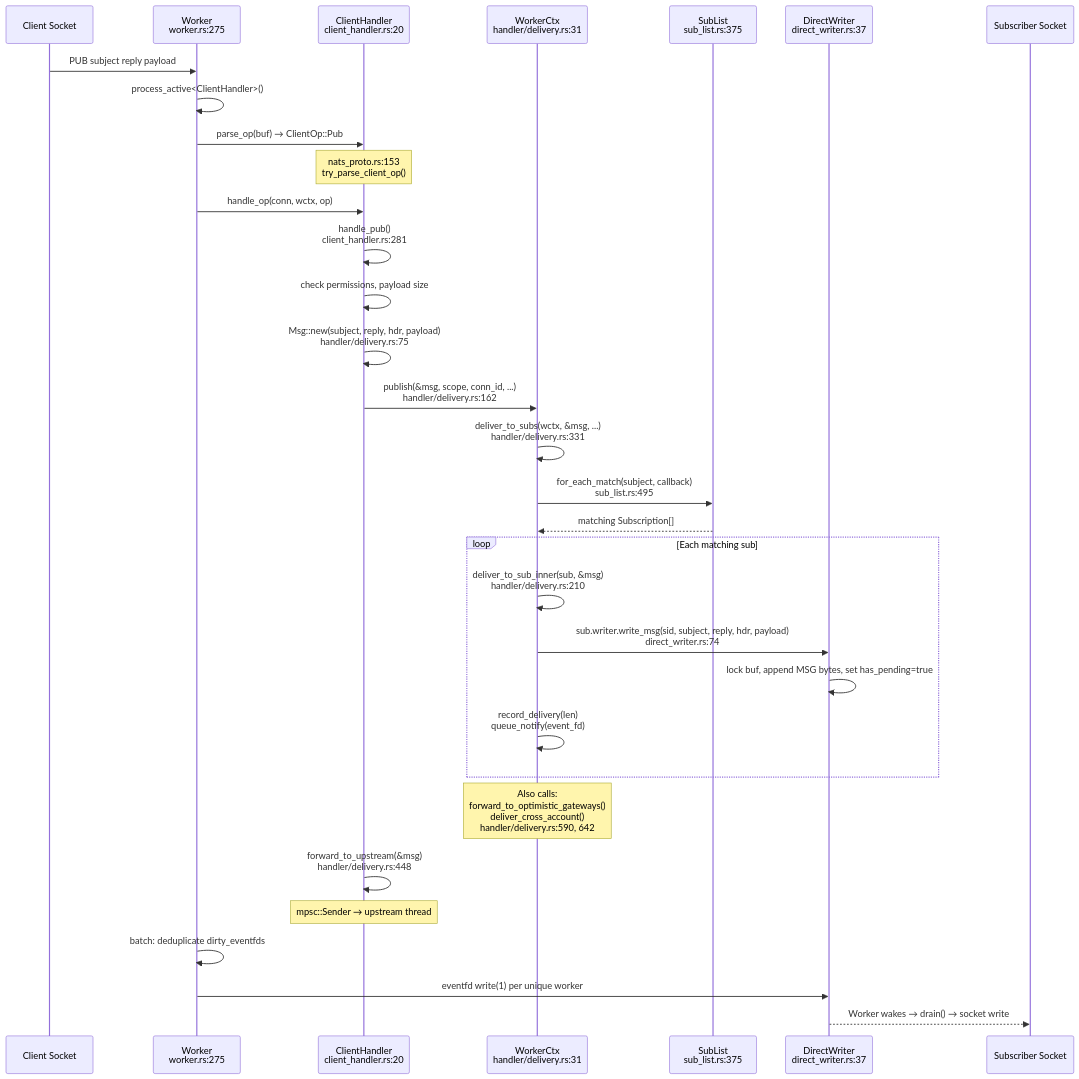
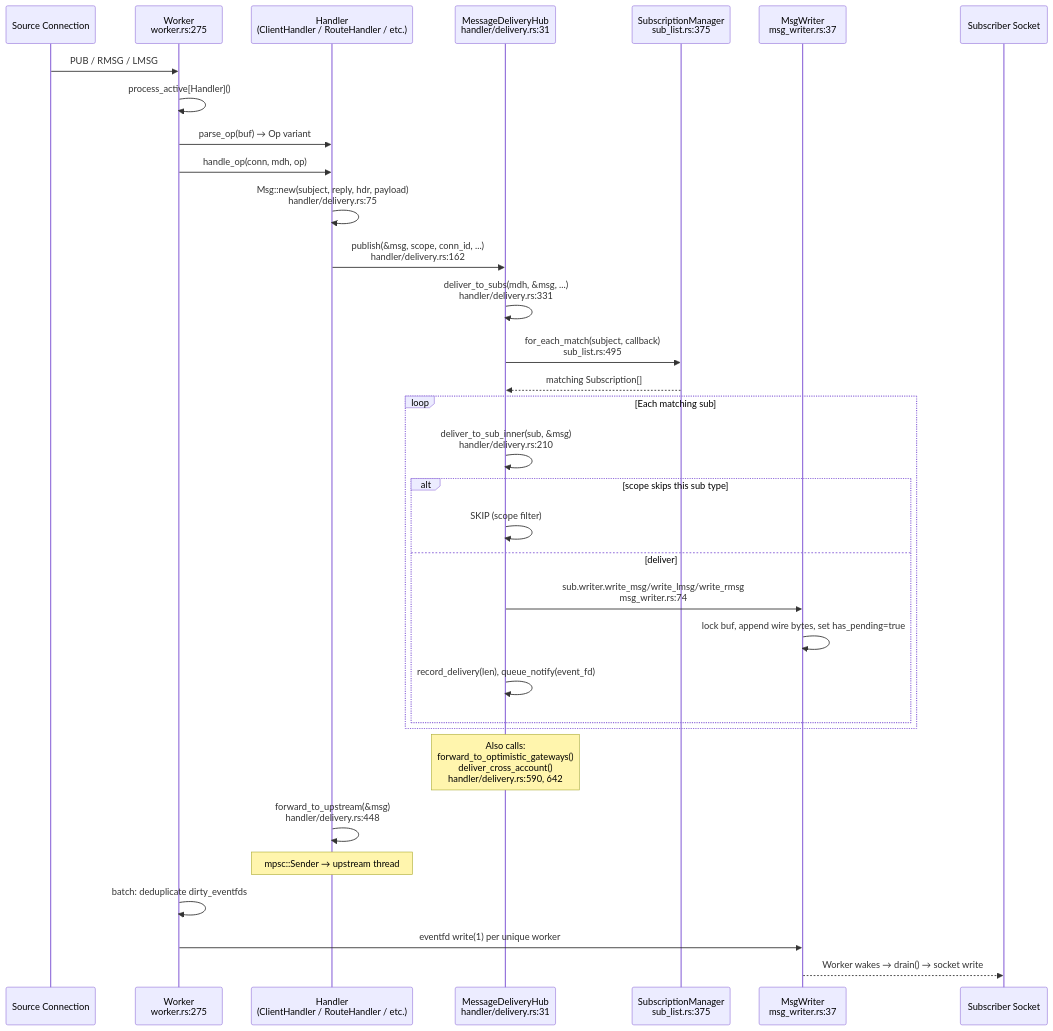
One commit to kamalgs/nats-leaf-node-gateway changed the third of 9 diagrams in docs/lld.md. Above: the diagram before and after it, drawn with Mermaid. The commit also changed other lines of this file and 19 other files, not shown here.

First line of the commit message:
Rename types for clarity and fix LLD mermaid diagrams (#27)

````diff
--- a/docs/lld.md
+++ b/docs/lld.md
@@ -214,42 +214,42 @@
 ```mermaid
 sequenceDiagram
-    participant C as Client Socket
+    participant Src as Source Connection
     participant W as Worker<br/>worker.rs:275
-    participant CH as ClientHandler<br/>client_handler.rs:20
-    participant WCtx as WorkerCtx<br/>handler/delivery.rs:31
-    participant SL as SubList<br/>sub_list.rs:375
-    participant DW as DirectWriter<br/>direct_writer.rs:37
+    participant H as Handler<br/>(ClientHandler / RouteHandler / etc.)
+    participant MDH as MessageDeliveryHub<br/>handler/delivery.rs:31
+    participant SM as SubscriptionManager<br/>sub_list.rs:375
+    participant MW as MsgWriter<br/>msg_writer.rs:37
     participant S as Subscriber Socket
 
-    C->>W: PUB subject reply payload
-    W->>W: process_active<ClientHandler>()
-    W->>CH: parse_op(buf) → ClientOp::Pub
-    Note over CH: nats_proto.rs:153<br/>try_parse_client_op()
+    Src->>W: PUB / RMSG / LMSG
+    W->>W: process_active[Handler]()
+    W->>H: parse_op(buf) → Op variant
+    W->>H: handle_op(conn, mdh, op)
 
-    W->>CH: handle_op(conn, wctx, op)
-    CH->>CH: handle_pub()<br/>client_handler.rs:281
-    CH->>CH: check permissions, payload size
-    CH->>CH: Msg::new(subject, reply, hdr, payload)<br/>handler/delivery.rs:75
+    H->>H: Msg::new(subject, reply, hdr, payload)<br/>handler/delivery.rs:75
+    H->>MDH: publish(&msg, scope, conn_id, ...)<br/>handler/delivery.rs:162
+    MDH->>MDH: deliver_to_subs(mdh, &msg, ...)<br/>handler/delivery.rs:331
 
-    CH->>WCtx: publish(&msg, scope, conn_id, ...)<br/>handler/delivery.rs:162
-    WCtx->>WCtx: deliver_to_subs(wctx, &msg, ...)<br/>handler/delivery.rs:331
-
-    WCtx->>SL: for_each_match(subject, callback)<br/>sub_list.rs:495
-    SL-->>WCtx: matching Subscription[]
+    MDH->>SM: for_each_match(subject, callback)<br/>sub_list.rs:495
+    SM-->>MDH: matching Subscription[]
 
     loop Each matching sub
-        WCtx->>WCtx: deliver_to_sub_inner(sub, &msg)<br/>handler/delivery.rs:210
-        WCtx->>DW: sub.writer.write_msg(sid, subject, reply, hdr, payload)<br/>direct_writer.rs:74
-        DW->>DW: lock buf, append MSG bytes, set has_pending=true
-        WCtx->>WCtx: record_delivery(len)<br/>queue_notify(event_fd)
+        MDH->>MDH: deliver_to_sub_inner(sub, &msg)<br/>handler/delivery.rs:210
+        alt scope skips this sub type
+            MDH->>MDH: SKIP (scope filter)
+        else deliver
+            MDH->>MW: sub.writer.write_msg/write_lmsg/write_rmsg<br/>msg_writer.rs:74
+            MW->>MW: lock buf, append wire bytes, set has_pending=true
+            MDH->>MDH: record_delivery(len), queue_notify(event_fd)
+        end
     end
 
-    Note over WCtx: Also calls:<br/>forward_to_optimistic_gateways()<br/>deliver_cross_account()<br/>handler/delivery.rs:590, 642
+    Note over MDH: Also calls:<br/>forward_to_optimistic_gateways()<br/>deliver_cross_account()<br/>handler/delivery.rs:590, 642
 
-    CH->>CH: forward_to_upstream(&msg)<br/>handler/delivery.rs:448
-    Note over CH: mpsc::Sender → upstream thread
+    H->>H: forward_to_upstream(&msg)<br/>handler/delivery.rs:448
+    Note over H: mpsc::Sender → upstream thread
 
     W->>W: batch: deduplicate dirty_eventfds
-    W->>DW: eventfd write(1) per unique worker
-    DW-->>S: Worker wakes → drain() → socket write
+    W->>MW: eventfd write(1) per unique worker
+    MW-->>S: Worker wakes → drain() → socket write
 ```
````
